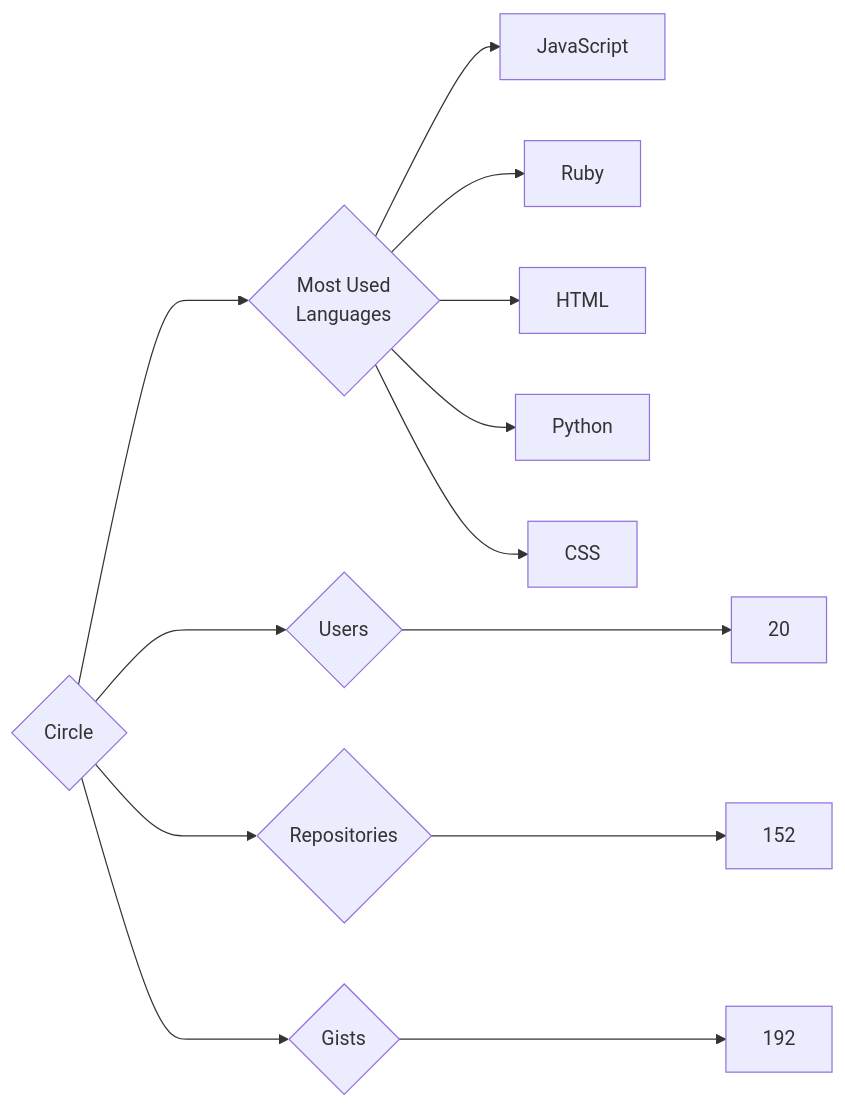
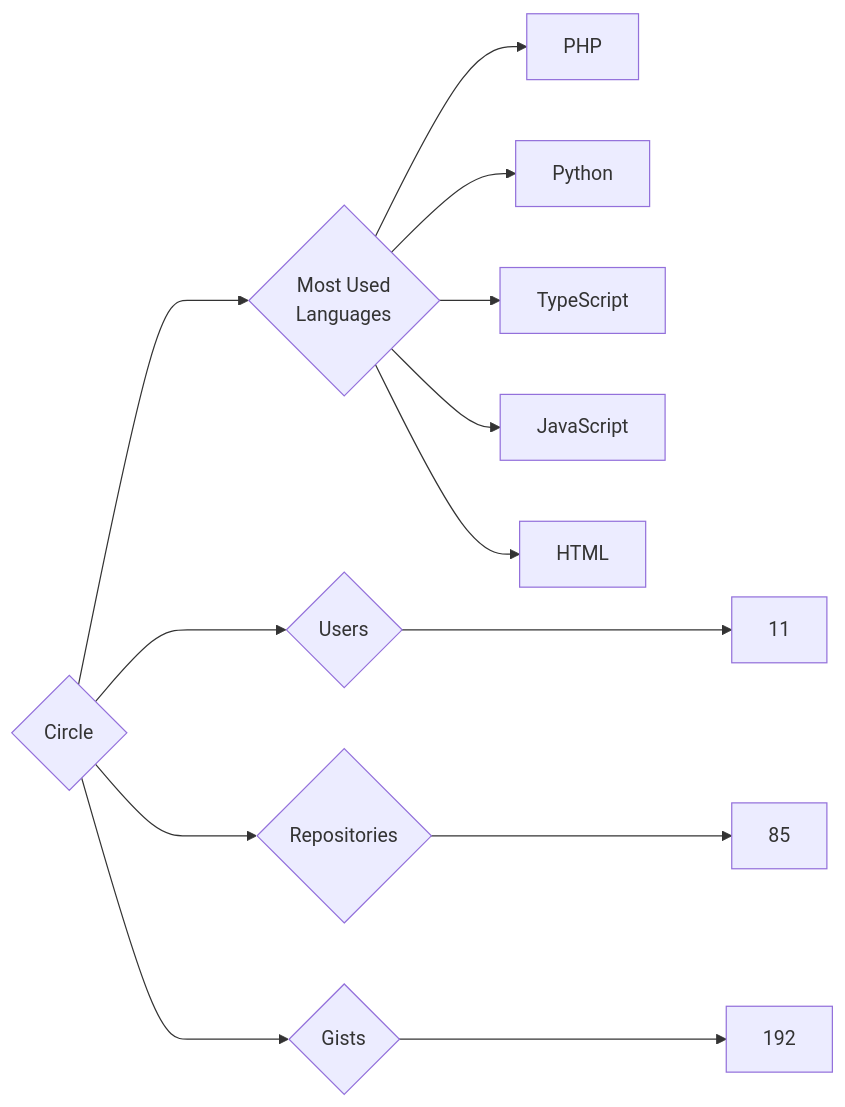
The diagram in targets/Circle/README.md (trickest/insiders), drawn with Mermaid before and after one commit. The commit also changed 736 other files, not shown here.

````diff
--- a/targets/Circle/README.md
+++ b/targets/Circle/README.md
@@ -3,13 +3,13 @@
 ```mermaid
 graph LR
 COMPANY_NAME{Circle}
-COMPANY_NAME ---> U{Users} ---> UN[20]
-COMPANY_NAME ---> R{Repositories} ---> RN[152]
+COMPANY_NAME ---> U{Users} ---> UN[11]
+COMPANY_NAME ---> R{Repositories} ---> RN[85]
 COMPANY_NAME ---> G{Gists} ---> GN[192]
 COMPANY_NAME ---> ML{Most Used<br>Languages}
+ML --> PHP[PHP]
+ML --> Python[Python]
+ML --> TypeScript[TypeScript]
 ML --> JavaScript[JavaScript]
-ML --> Ruby[Ruby]
 ML --> HTML[HTML]
-ML --> Python[Python]
-ML --> CSS[CSS]
 ```
````
